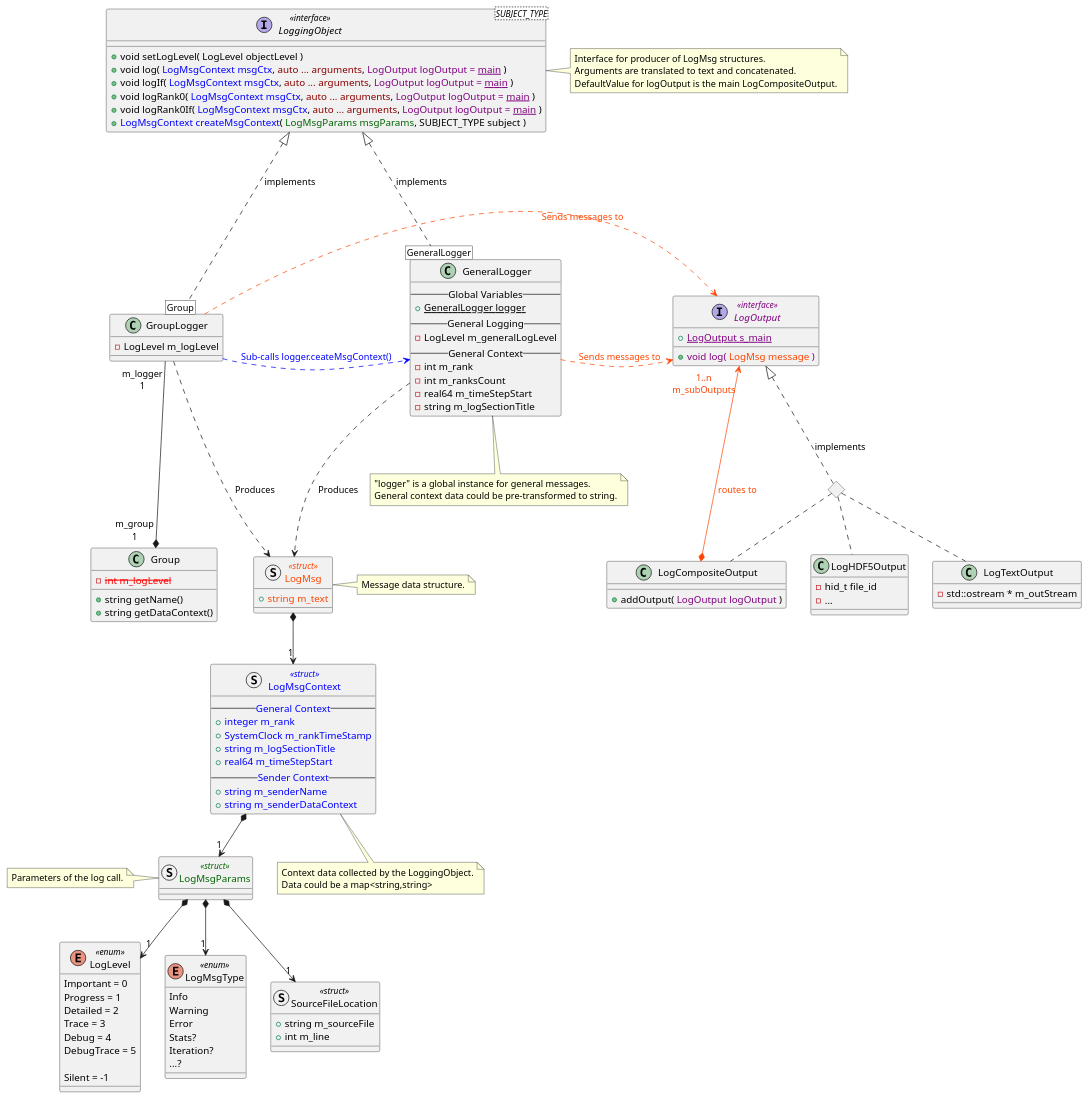
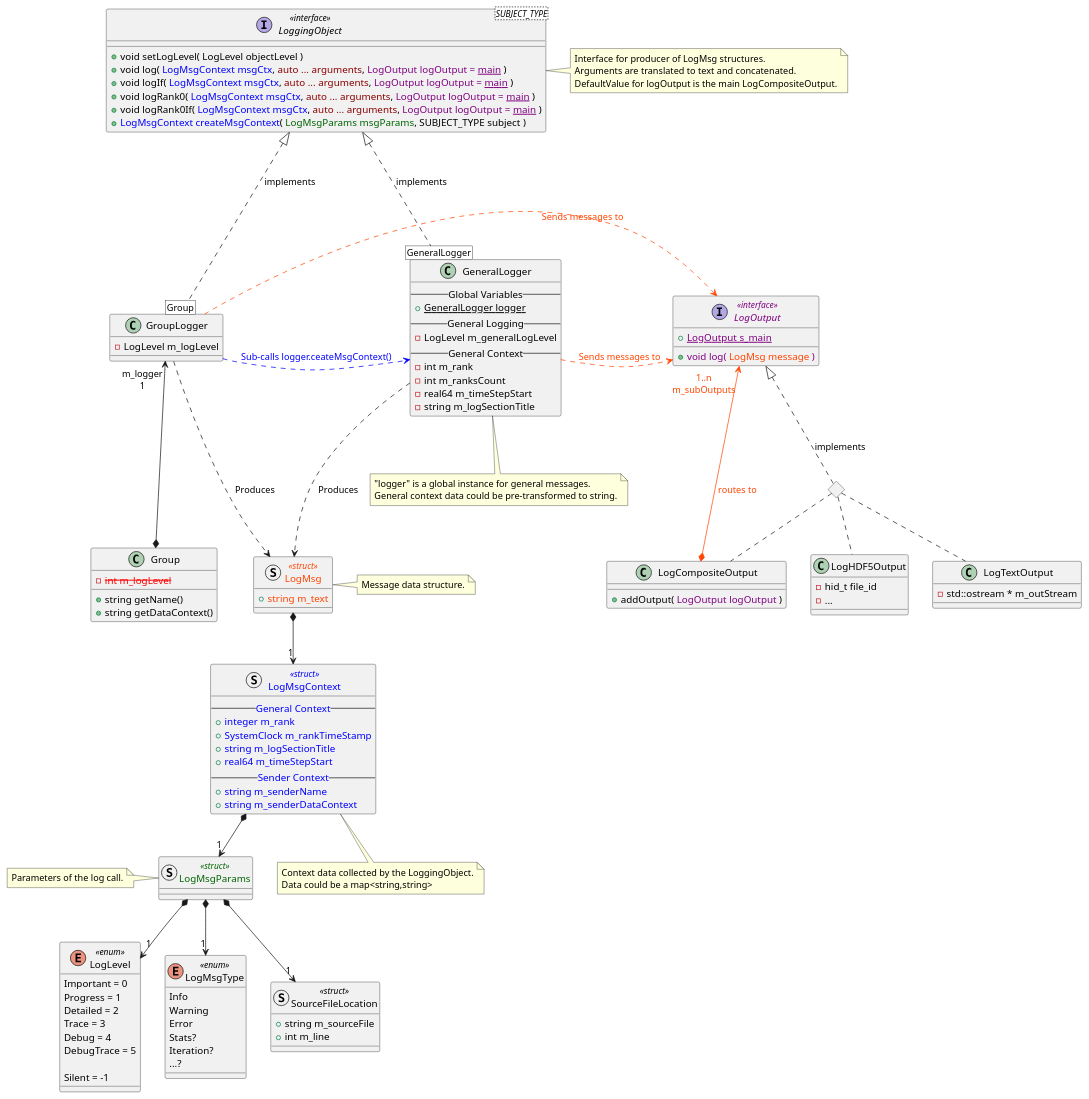
The diagram in src/coreComponents/common/Logger.plantuml (GEOS-DEV/GEOS), drawn with PlantUML before and after one commit. The commit also changed 2 other files, not shown here.

Commit message:
made a choice between templated LoggingObject interface & Group ref in GroupLogger

```diff
--- a/src/coreComponents/common/Logger.plantuml
+++ b/src/coreComponents/common/Logger.plantuml
@@ -1,142 +1,142 @@
 @startuml Logger Class
 
 set namespaceSeparator ::
 
 
 ' Message Data Structure
 
 
 enum LogLevel <<enum>> {
   Important = 0
   Progress = 1
   Detailed = 2
   Trace = 3
   Debug = 4
   DebugTrace = 5
 
   Silent = -1
 }
 
 enum LogMsgType <<enum>> {
   Info
   Warning
   Error
   Stats?
   Iteration?
   ...?
 }
 
 struct SourceFileLocation <<struct>> {
   + string m_sourceFile
   + int m_line
 }
 
 struct LogMsgParams <<struct>> #text:DarkGreen {
 }
 note left: Parameters of the log call.
 
 struct LogMsgContext <<struct>> #text:Blue {
   -- General Context --
   + integer m_rank
   + SystemClock m_rankTimeStamp
   + string m_logSectionTitle
   + real64 m_timeStepStart
   -- Sender Context --
   + string m_senderName
   + string m_senderDataContext
 }
 note bottom: Context data collected by the LoggingObject.\nData could be a map<string,string>
 
 struct LogMsg <<struct>> #text:OrangeRed {
   + string m_text
 }
 note right: Message data structure.
 
 LogMsgParams *--> "1" SourceFileLocation
 LogMsgParams *--> "1" LogMsgType
 LogMsgParams *--> "1" LogLevel
 LogMsg *--> "1" LogMsgContext
 LogMsgContext *--> "1" LogMsgParams
 
 
 ' Log outputs
 
 interface LogOutput <<interface>> #text:Purple {
   + {static} LogOutput s_main
   + void log( <color:OrangeRed>LogMsg message</color> )
 }
 <> LogOutputImplementations
 LogOutput <|.. LogOutputImplementations : implements
 
 class LogCompositeOutput {
   + addOutput( <color:Purple>LogOutput logOutput</color> )
 }
 LogOutputImplementations .. LogCompositeOutput
 LogCompositeOutput *---> "1..n\nm_subOutputs" LogOutput #OrangeRed;text:OrangeRed : routes to
 
 class LogHDF5Output {
   - hid_t file_id
   - ...
 }
 LogOutputImplementations .. LogHDF5Output
 
 class LogTextOutput {
   - std::ostream * m_outStream
 }
 LogOutputImplementations .. LogTextOutput
 
 LogTextOutput .l[hidden].. LogHDF5Output
 LogHDF5Output .l[hidden].. LogCompositeOutput
 
 
 ' Message Producers
 
 interface LoggingObject<SUBJECT_TYPE> <<interface>> {
   + void setLogLevel( LogLevel objectLevel )
   + void log( <color:Blue>LogMsgContext msgCtx</color>, <color:DarkRed>auto ... arguments</color>, <color:Purple>LogOutput logOutput = <u>main</u></color> )
   + void logIf( <color:Blue>LogMsgContext msgCtx</color>, <color:DarkRed>auto ... arguments</color>, <color:Purple>LogOutput logOutput = <u>main</u></color> )
   + void logRank0( <color:Blue>LogMsgContext msgCtx</color>, <color:DarkRed>auto ... arguments</color>, <color:Purple>LogOutput logOutput = <u>main</u></color> )
   + void logRank0If( <color:Blue>LogMsgContext msgCtx</color>, <color:DarkRed>auto ... arguments</color>, <color:Purple>LogOutput logOutput = <u>main</u></color> )
   + <color:Blue>LogMsgContext createMsgContext</color>( <color:DarkGreen>LogMsgParams msgParams</color>, SUBJECT_TYPE subject )
 }
 note right: Interface for producer of LogMsg structures.\nArguments are translated to text and concatenated.\nDefaultValue for logOutput is the main LogCompositeOutput.
 
 
 
 class GeneralLogger {
   -- Global Variables --
   + {static} GeneralLogger logger
   -- General Logging --
   - LogLevel m_generalLogLevel
   -- General Context --
   - int m_rank
   - int m_ranksCount
   - real64 m_timeStepStart
   - string m_logSectionTitle
 }
 note bottom: "logger" is a global instance for general messages.\nGeneral context data could be pre-transformed to string.
 GeneralLogger [GeneralLogger] ..u.|> LoggingObject : implements
 GeneralLogger ..d.> LogMsg : Produces
 GeneralLogger ..r.> LogOutput #OrangeRed;text:OrangeRed : "Sends messages to"
 
 
 class GroupLogger {
   - LogLevel m_logLevel
 }
 class Group {
   + string getName()
   + string getDataContext()
   - <color:Red><s>int m_logLevel</s></color>
 }
 GroupLogger [Group] .u..|> LoggingObject : implements
-Group "m_group\n1" *-u-- "m_logger\n1" GroupLogger
+Group *-u--> "m_logger\n1" GroupLogger
 
 GroupLogger ..r.> LogOutput #OrangeRed;text:OrangeRed : "Sends messages to"
 GroupLogger ..r.> GeneralLogger #Blue;text:Blue : "Sub-calls logger.ceateMsgContext()"
 GroupLogger ..d.> LogMsg : Produces
 
 
 
 
 
 @enduml
```
